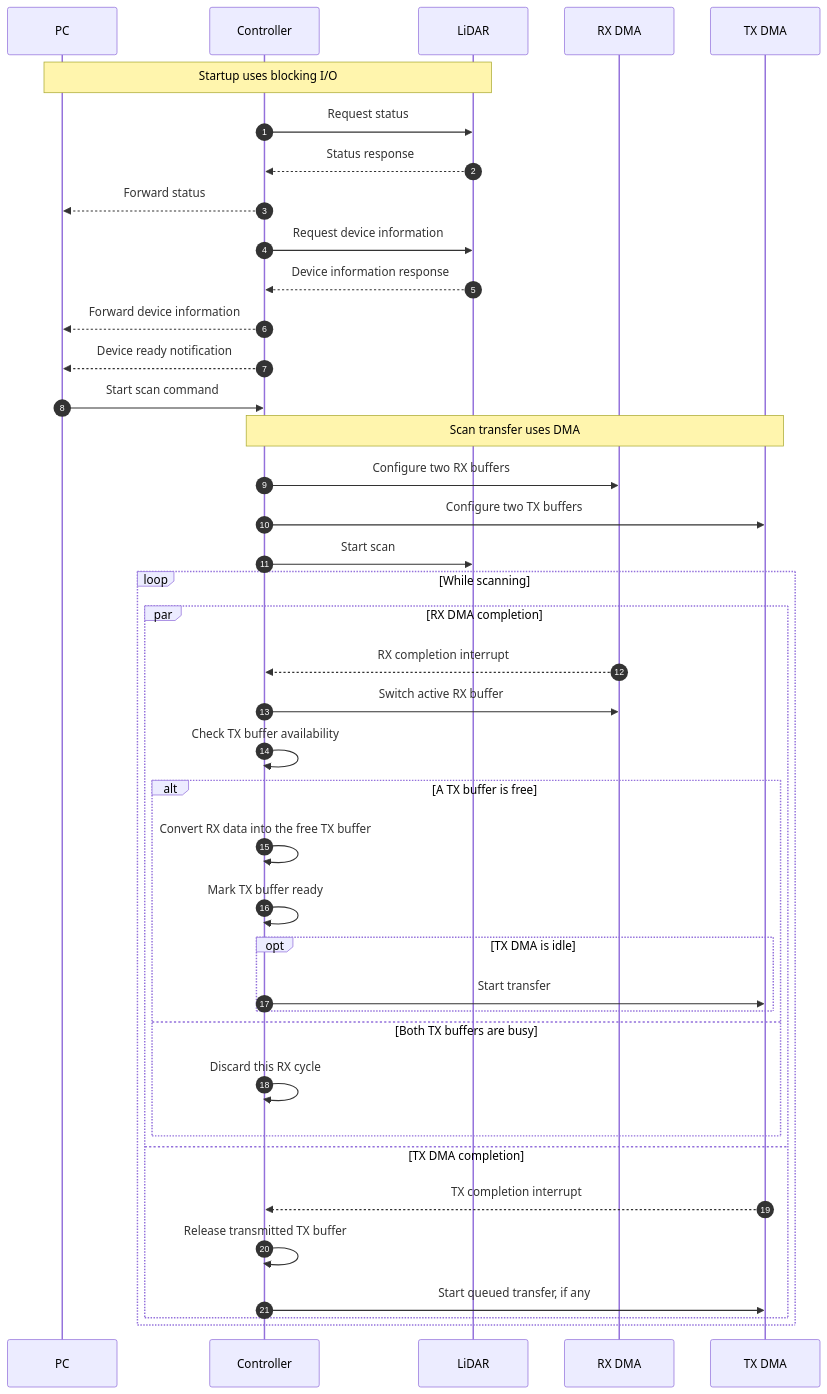
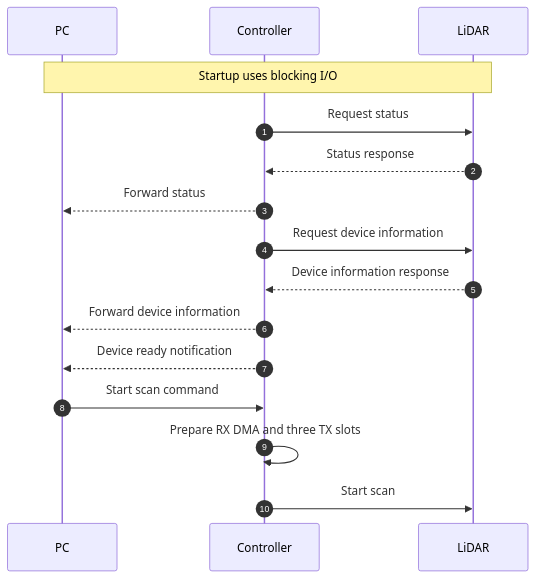
Before and after one commit to kei185/sensor-echo: the first of 2 diagrams in docs/protocol.md, drawn with Mermaid. The commit also changed other lines of this file and 1 other file, not shown here.

Commit message:
fix docs about buffer arbitration

````diff
--- a/docs/protocol.md
+++ b/docs/protocol.md
@@ -9,44 +9,19 @@
 ```mermaid
 sequenceDiagram
     autonumber
     participant PC
     participant Controller
     participant LiDAR
-    participant RxDma as RX DMA
-    participant TxDma as TX DMA
 
     Note over PC,LiDAR: Startup uses blocking I/O
     Controller->>LiDAR: Request status
     LiDAR-->>Controller: Status response
     Controller-->>PC: Forward status
     Controller->>LiDAR: Request device information
     LiDAR-->>Controller: Device information response
     Controller-->>PC: Forward device information
     Controller-->>PC: Device ready notification
     PC->>Controller: Start scan command
-
-    Note over Controller,TxDma: Scan transfer uses DMA
-    Controller->>RxDma: Configure two RX buffers
-    Controller->>TxDma: Configure two TX buffers
+    Controller->>Controller: Prepare RX DMA and three TX slots
     Controller->>LiDAR: Start scan
-    loop While scanning
-        par RX DMA completion
-            RxDma-->>Controller: RX completion interrupt
-            Controller->>RxDma: Switch active RX buffer
-            Controller->>Controller: Check TX buffer availability
-            alt A TX buffer is free
-                Controller->>Controller: Convert RX data into the free TX buffer
-                Controller->>Controller: Mark TX buffer ready
-                opt TX DMA is idle
-                    Controller->>TxDma: Start transfer
-                end
-            else Both TX buffers are busy
-                Controller->>Controller: Discard this RX cycle
-            end
-        and TX DMA completion
-            TxDma-->>Controller: TX completion interrupt
-            Controller->>Controller: Release transmitted TX buffer
-            Controller->>TxDma: Start queued transfer, if any
-        end
-    end
 ```
````
